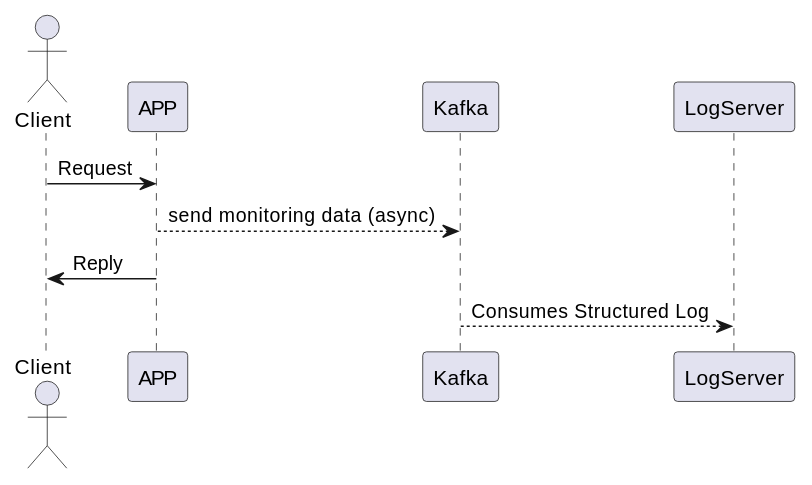
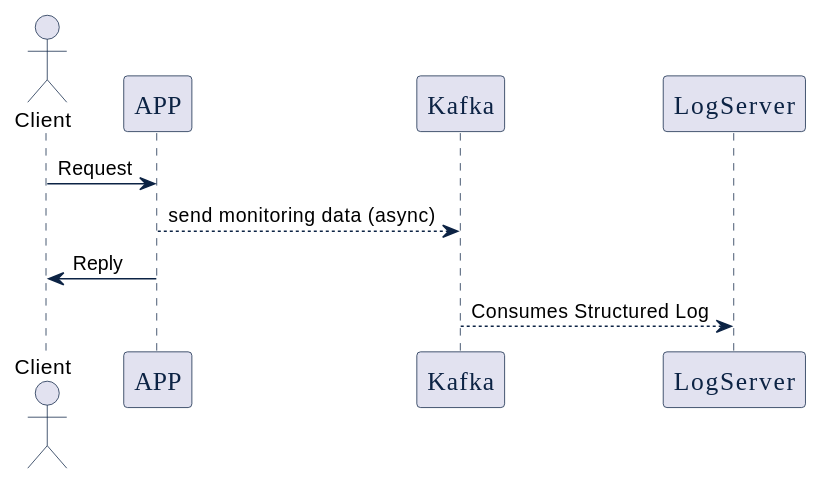
One commit to rbroggi/scoped-singleton changed the first of 2 diagrams in pres/pres.md. Above: the diagram before and after it, drawn with PlantUML. The commit also changed other lines of this file and 2 other files, not shown here.

Commit message:
Color uml

````diff
--- a/pres/pres.md
+++ b/pres/pres.md
@@ -95,9 +95,21 @@
 ```plantuml
 @startuml
-actor coord as "Client"
+skinparam sequence {
+ArrowColor #0C2344
+ActorBorderColor #0C2344
+LifeLineBorderColor #0C2344
+LifeLineBackgroundColor #0C2344
+ParticipantBorderColor #0C2344
+ParticipantFontName Impact
+ParticipantFontSize 17
+ParticipantFontColor #0C2344
+}
+
+actor coord as "Client" 
+
 coord -> APP: Request
 APP --> Kafka: send monitoring data (async)
 APP -> coord: Reply
 Kafka --> LogServer: Consumes Structured Log
 @enduml
 ```
````
